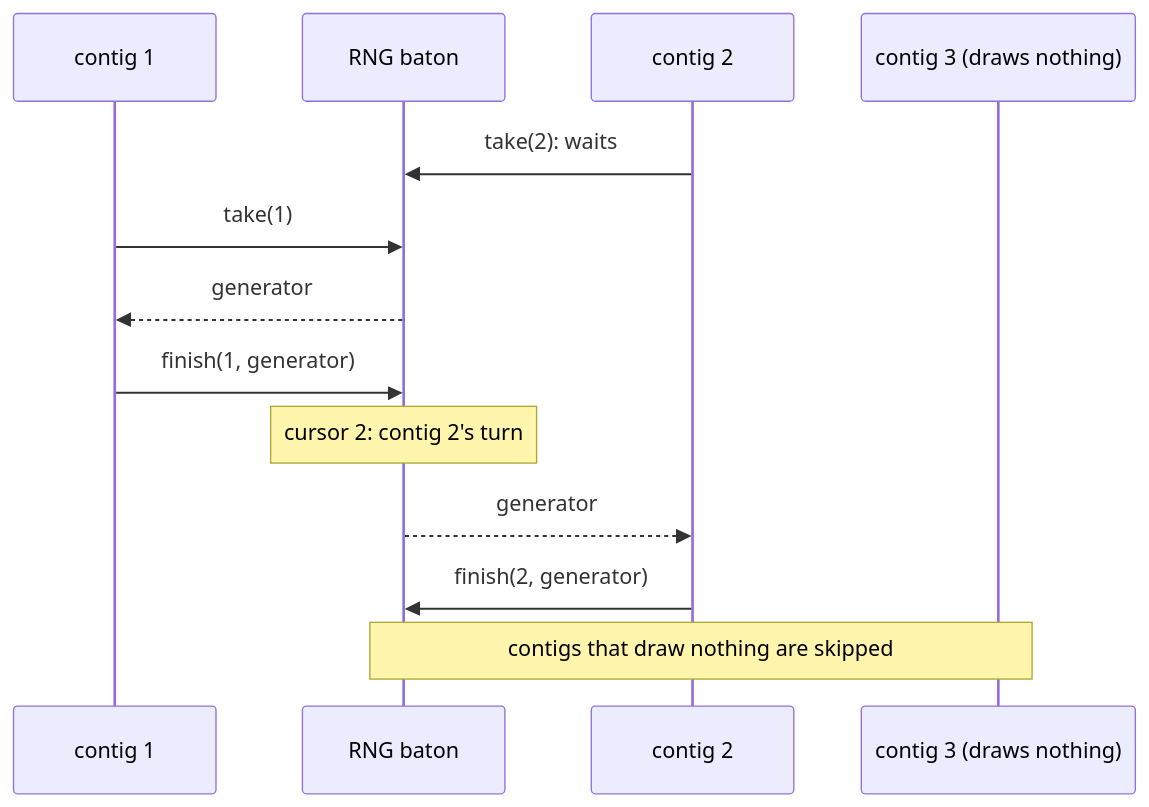
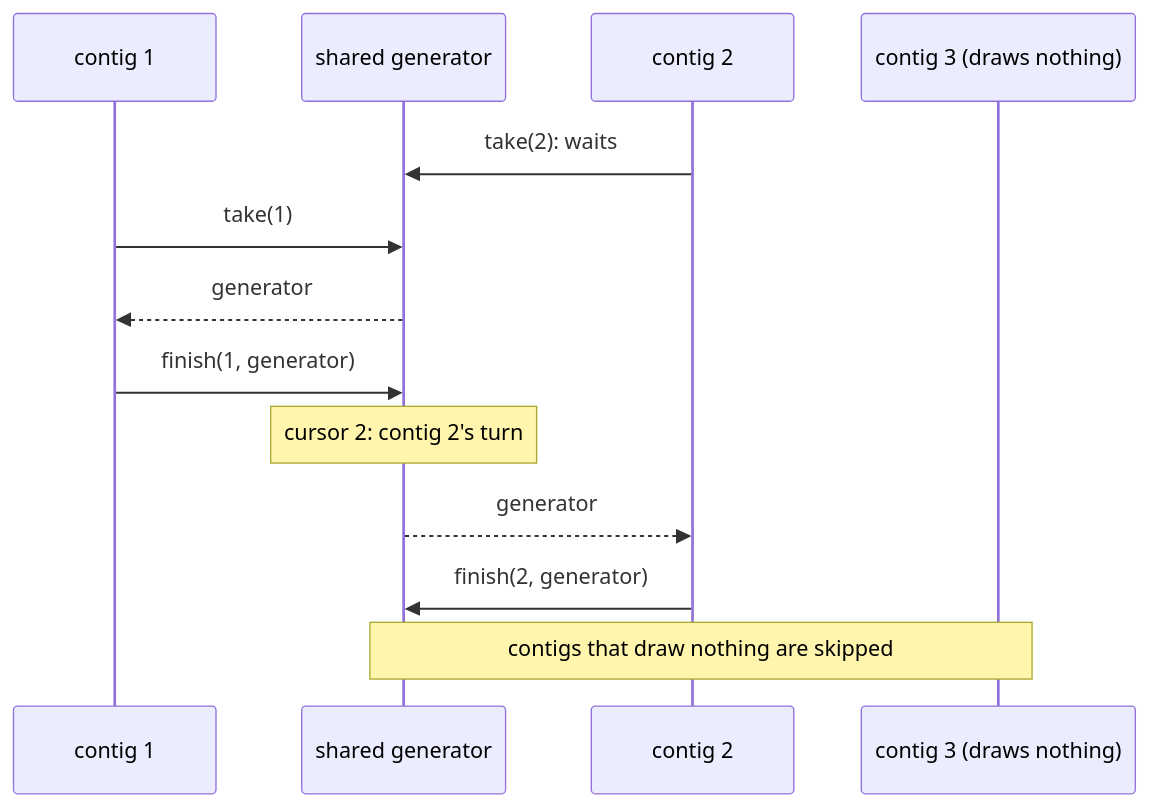
One commit to kennethban/varcall-rs changed the sixth of 6 diagrams in docs/optimizations.md. Above: the diagram before and after it, drawn with Mermaid. The commit also changed other lines of this file and 16 other files, not shown here.

````diff
--- a/docs/optimizations.md
+++ b/docs/optimizations.md
@@ -487,15 +510,15 @@
 ```mermaid
 sequenceDiagram
     participant C1 as contig 1
-    participant B as RNG baton
+    participant B as shared generator
     participant C2 as contig 2
     participant C3 as contig 3 (draws nothing)
     C2->>B: take(2): waits
     C1->>B: take(1)
     B-->>C1: generator
     C1->>B: finish(1, generator)
     Note over B: cursor 2: contig 2's turn
     B-->>C2: generator
     C2->>B: finish(2, generator)
     Note over B,C3: contigs that draw nothing are skipped
 ```
````
